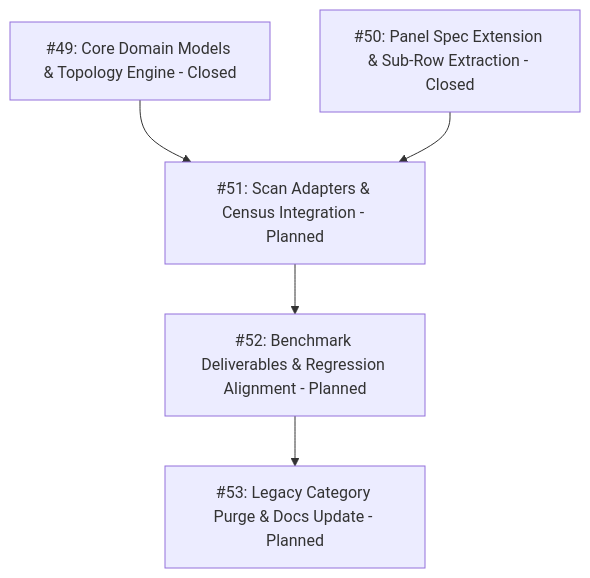
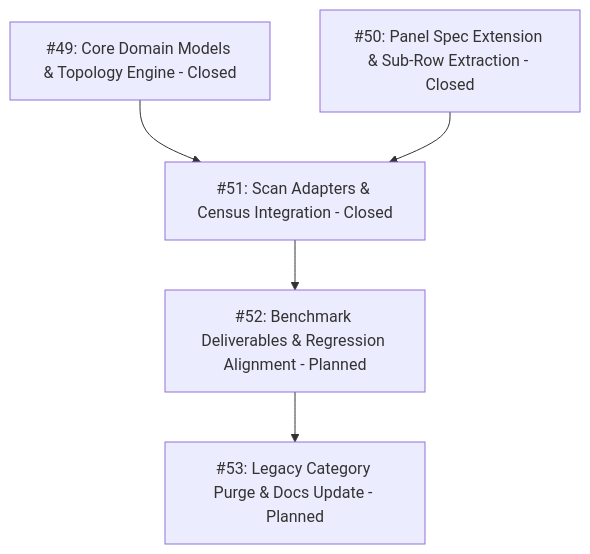
The diagram in .wayfinder/switchgear-topology/map.md (adamlarGit/pahang-cli), drawn with Mermaid before and after one commit. The commit also changed other lines of this file and 1 other file, not shown here.

````diff
--- a/.wayfinder/switchgear-topology/map.md
+++ b/.wayfinder/switchgear-topology/map.md
@@ -32,9 +32,9 @@
 ```mermaid
 graph TD
     T49[#49: Core Domain Models & Topology Engine - Closed]
     T50[#50: Panel Spec Extension & Sub-Row Extraction - Closed]
-    T49 --> T51[#51: Scan Adapters & Census Integration - Planned]
+    T49 --> T51[#51: Scan Adapters & Census Integration - Closed]
     T50 --> T51
     T51 --> T52[#52: Benchmark Deliverables & Regression Alignment - Planned]
     T52 --> T53[#53: Legacy Category Purge & Docs Update - Planned]
 ```
````
